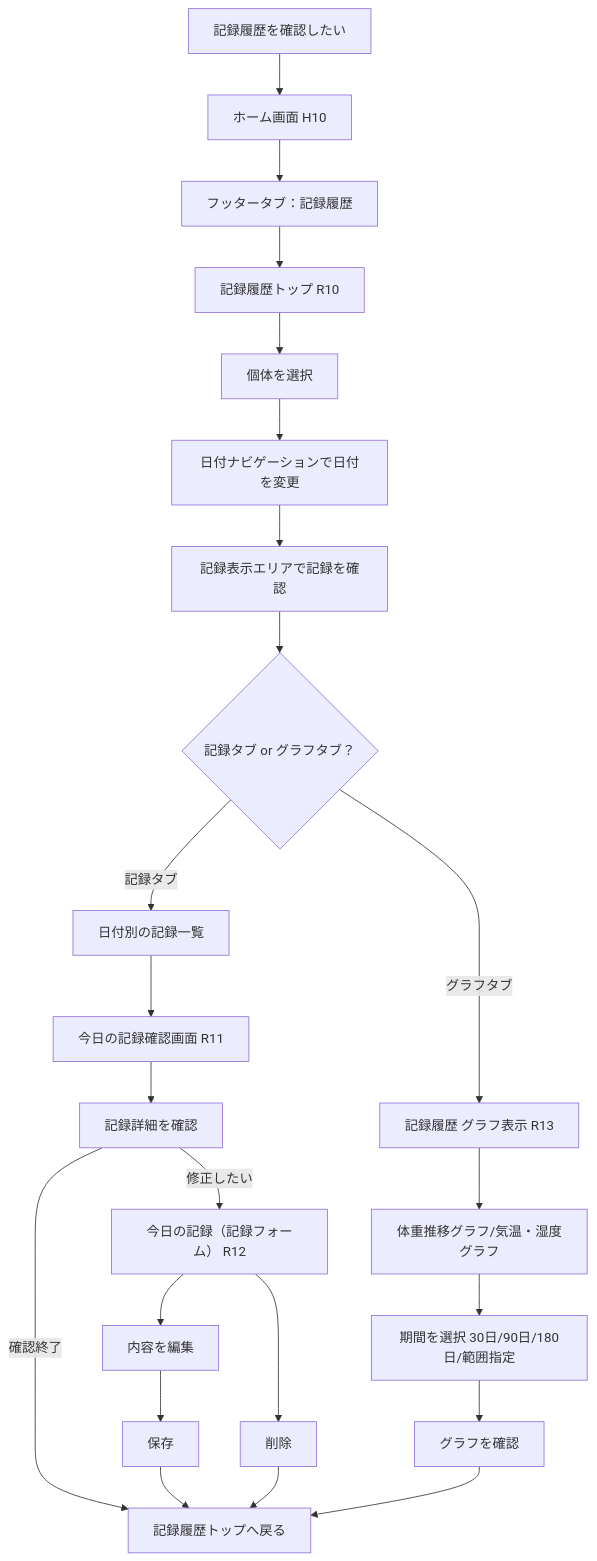
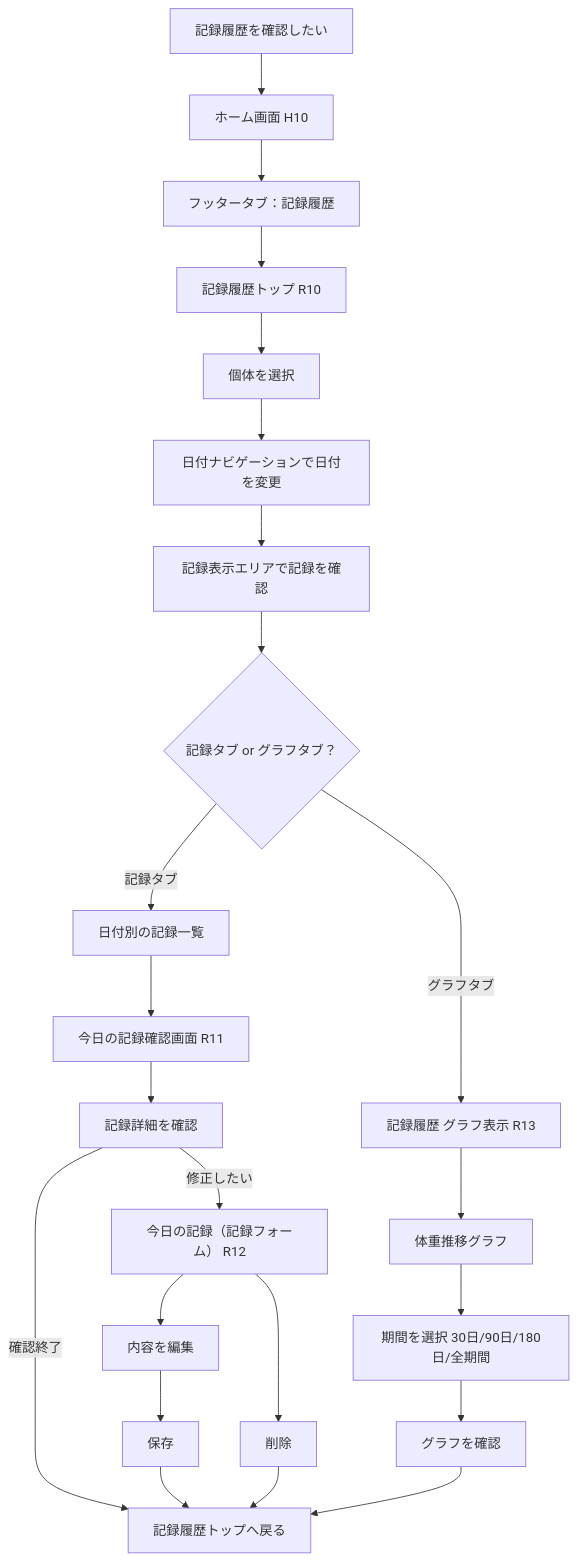
The sixth of 21 diagrams in Docs/Specifications/09_ユーザーフロー図.md (Hedgehario/Hariness), drawn with Mermaid before and after one commit. The commit also changed 7 other files, not shown here.

````diff
--- a/Docs/Specifications/09_ユーザーフロー図.md
+++ b/Docs/Specifications/09_ユーザーフロー図.md
@@ -121,25 +121,25 @@
 ```mermaid
 flowchart TD
     A[記録履歴を確認したい] --> B[ホーム画面 H10]
     B --> C[フッタータブ：記録履歴]
     C --> D[記録履歴トップ R10]
     D --> E[個体を選択]
     E --> F[日付ナビゲーションで日付を変更]
     F --> G[記録表示エリアで記録を確認]
     G --> H{記録タブ or グラフタブ？}
     H -->|記録タブ| I[日付別の記録一覧]
     H -->|グラフタブ| J[記録履歴 グラフ表示 R13]
     I --> K[今日の記録確認画面 R11]
     K --> L[記録詳細を確認]
     L -->|修正したい| M[今日の記録（記録フォーム） R12]
     L -->|確認終了| N[記録履歴トップへ戻る]
     M --> O[内容を編集]
     O --> P[保存]
     P --> N
     M --> Q[削除]
     Q --> N
-    J --> R[体重推移グラフ/気温・湿度グラフ]
-    R --> S[期間を選択 30日/90日/180日/範囲指定]
+    J --> R[体重推移グラフ]
+    R --> S[期間を選択 30日/90日/180日/全期間]
     S --> T[グラフを確認]
     T --> N
 ```
````
